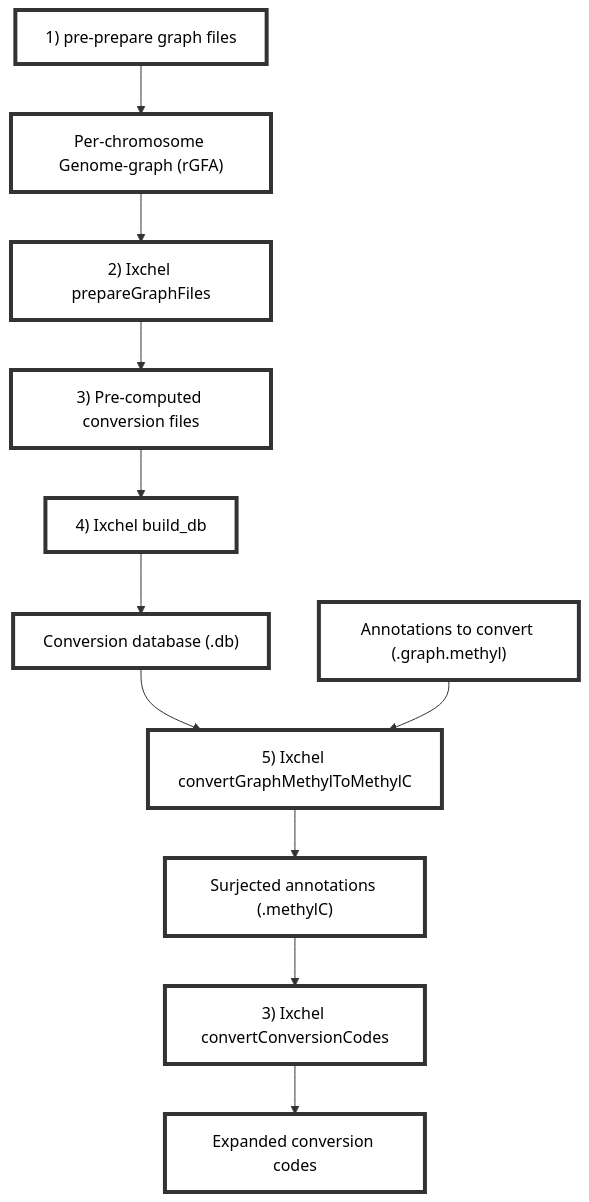
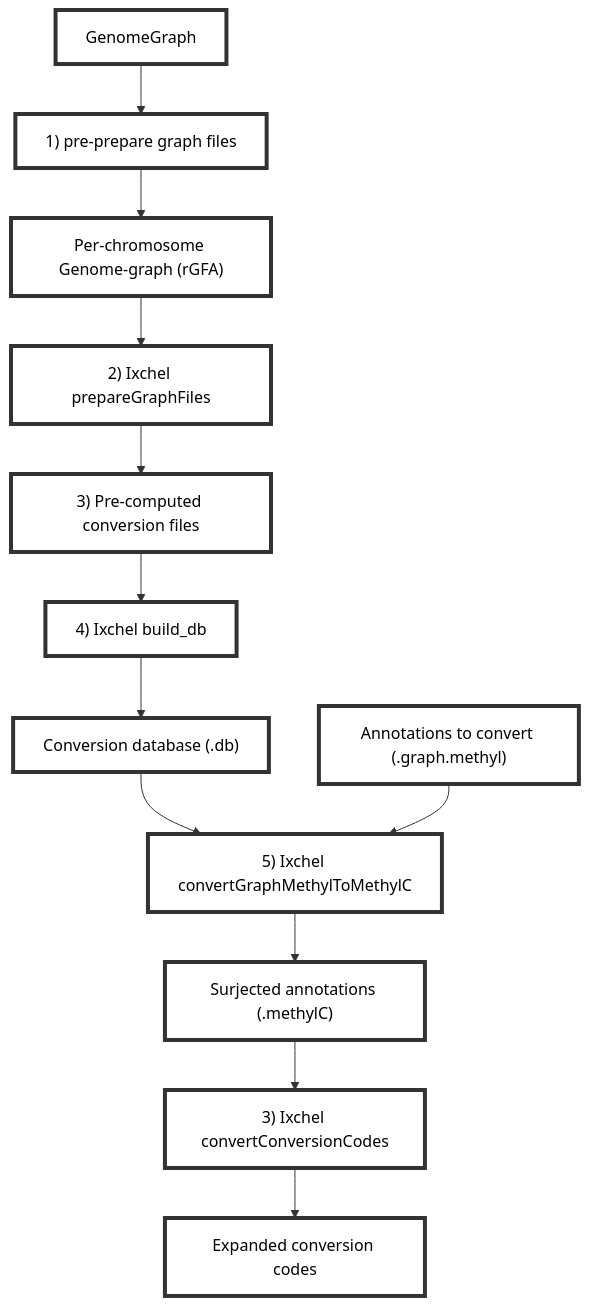
The diagram in README.md (twlab/Ixchel), drawn with Mermaid before and after one commit. The commit also changed other lines of this file, not shown here.

Commit message:
Update README.md to clarify Ixchel database requirements and improve flowchart formatting

````diff
--- a/README.md
+++ b/README.md
@@ -25,15 +25,16 @@
 ```mermaid
 flowchart TB
-    Genomegraph["1) pre-prepare graph files"] --> Chromgraph["Per-chromosome Genome-graph (rGFA)"]
+    GenomeGraph --> Genomegraph["1) pre-prepare graph files"]
+    Genomegraph --> Chromgraph["Per-chromosome Genome-graph (rGFA)"]
     Chromgraph --> IxchelPrep["2) Ixchel prepareGraphFiles"]
     IxchelPrep --> GraphFiles["3) Pre-computed conversion files"]
     GraphFiles --> Ixchelbuild_db["4) Ixchel build_db"]
     Ixchelbuild_db --> LookupDB["Conversion database (.db)"]
     LookupDB --> IxchelSurject["5) Ixchel convertGraphMethylToMethylC"]
     Annotations["Annotations to convert (.graph.methyl)"] --> IxchelSurject
     IxchelSurject --> SurjectedAnnotations["Surjected annotations (.methylC)"]
     SurjectedAnnotations --> IxchelInterpretCodes["3) Ixchel convertConversionCodes"]
     IxchelInterpretCodes --> ExpandedCodes["Expanded conversion codes"]
     
     classDef default fill:#fff,stroke:#333,stroke-width:4px,color:black;
 ```
````
